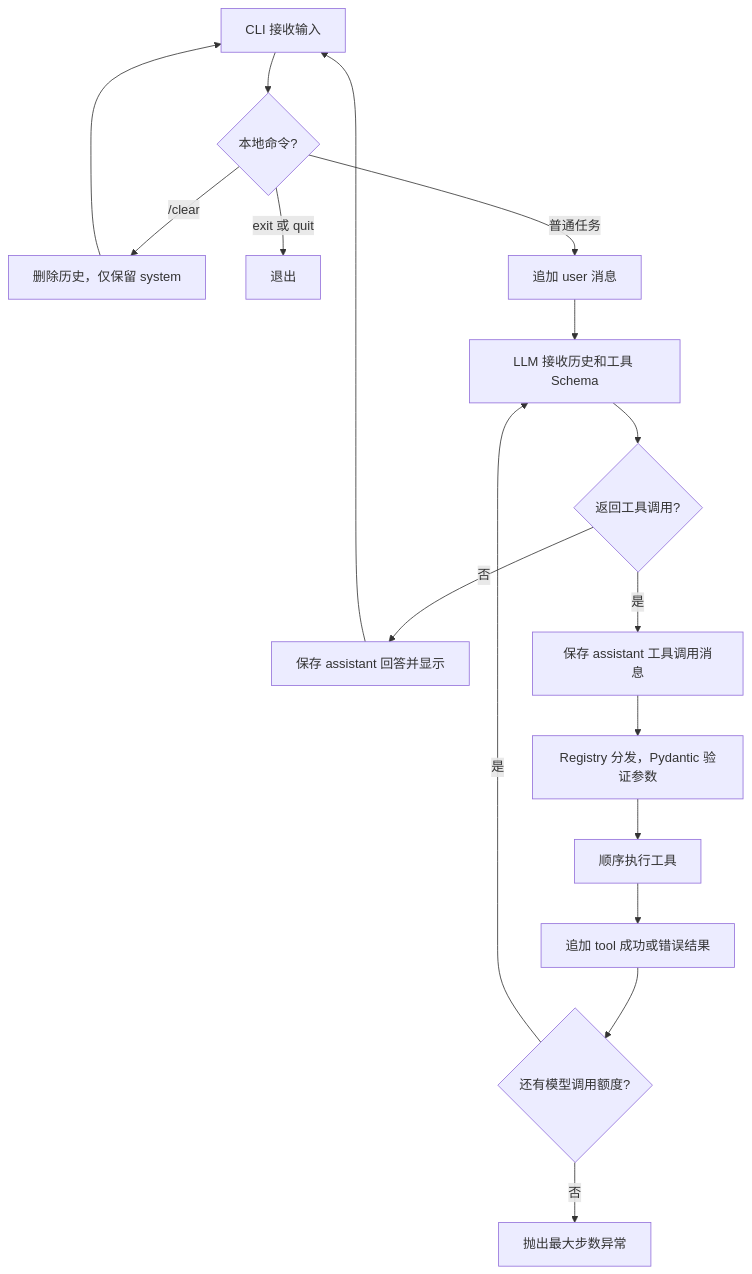
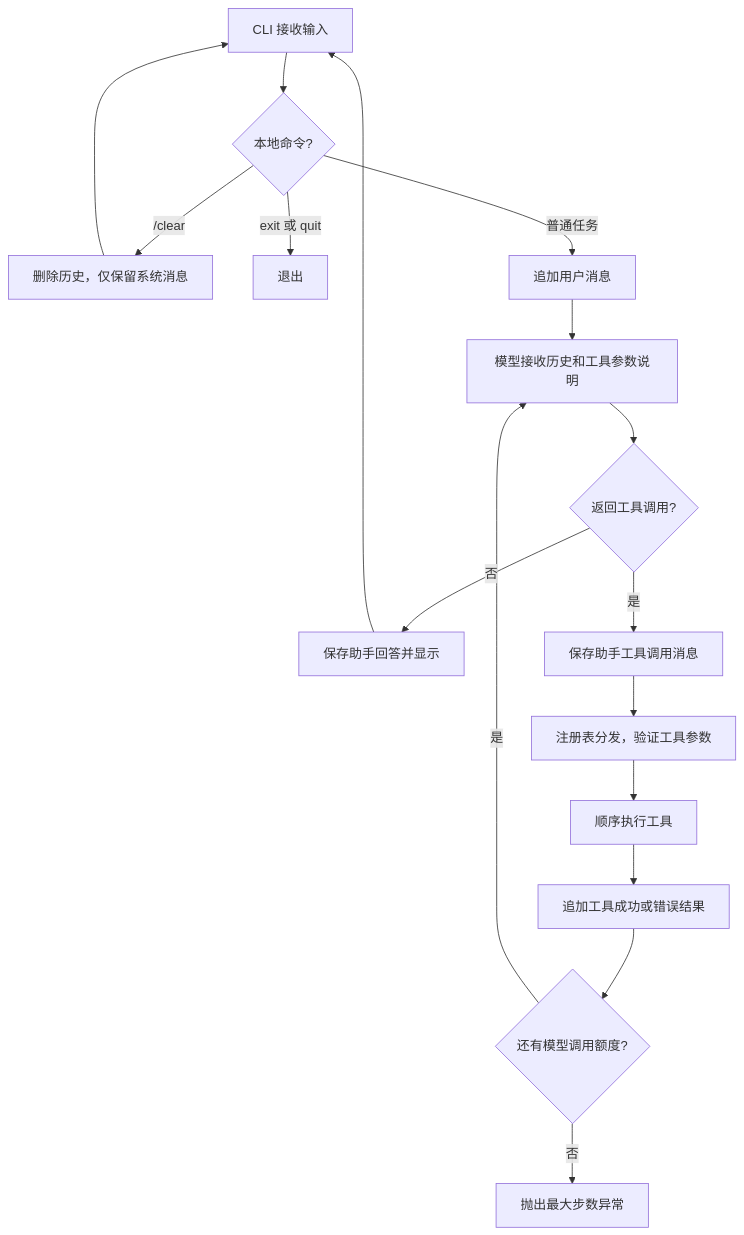
The diagram in README.md (ZIPNO996/ZipClaw), drawn with Mermaid before and after one commit. The commit also changed other lines of this file and 12 other files, not shown here.

````diff
--- a/README.md
+++ b/README.md
@@ -185,19 +190,19 @@
 ```mermaid
 flowchart TD
     A[CLI 接收输入] --> B{本地命令?}
-    B -->|/clear| C[删除历史，仅保留 system]
+    B -->|/clear| C[删除历史，仅保留系统消息]
     C --> A
     B -->|exit 或 quit| D[退出]
-    B -->|普通任务| E[追加 user 消息]
-    E --> F[LLM 接收历史和工具 Schema]
+    B -->|普通任务| E[追加用户消息]
+    E --> F[模型接收历史和工具参数说明]
     F --> G{返回工具调用?}
-    G -->|否| H[保存 assistant 回答并显示]
+    G -->|否| H[保存助手回答并显示]
     H --> A
-    G -->|是| I[保存 assistant 工具调用消息]
-    I --> J[Registry 分发，Pydantic 验证参数]
+    G -->|是| I[保存助手工具调用消息]
+    I --> J[注册表分发，验证工具参数]
     J --> K[顺序执行工具]
-    K --> L[追加 tool 成功或错误结果]
+    K --> L[追加工具成功或错误结果]
     L --> M{还有模型调用额度?}
     M -->|是| F
     M -->|否| N[抛出最大步数异常]
 ```
````
